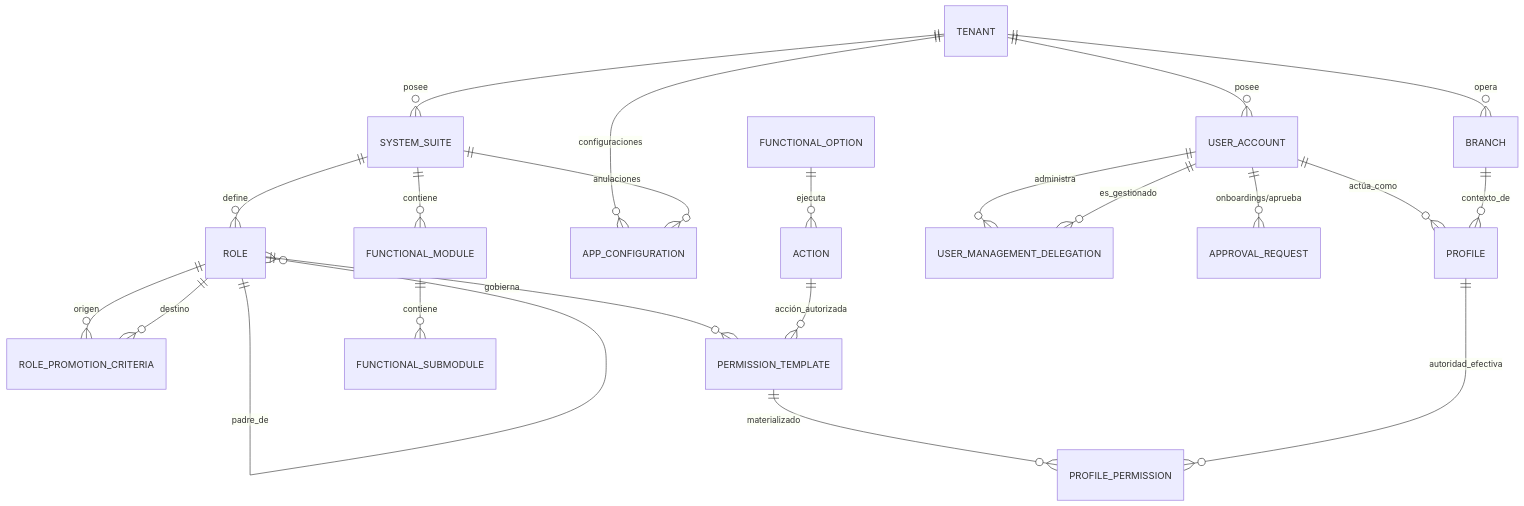
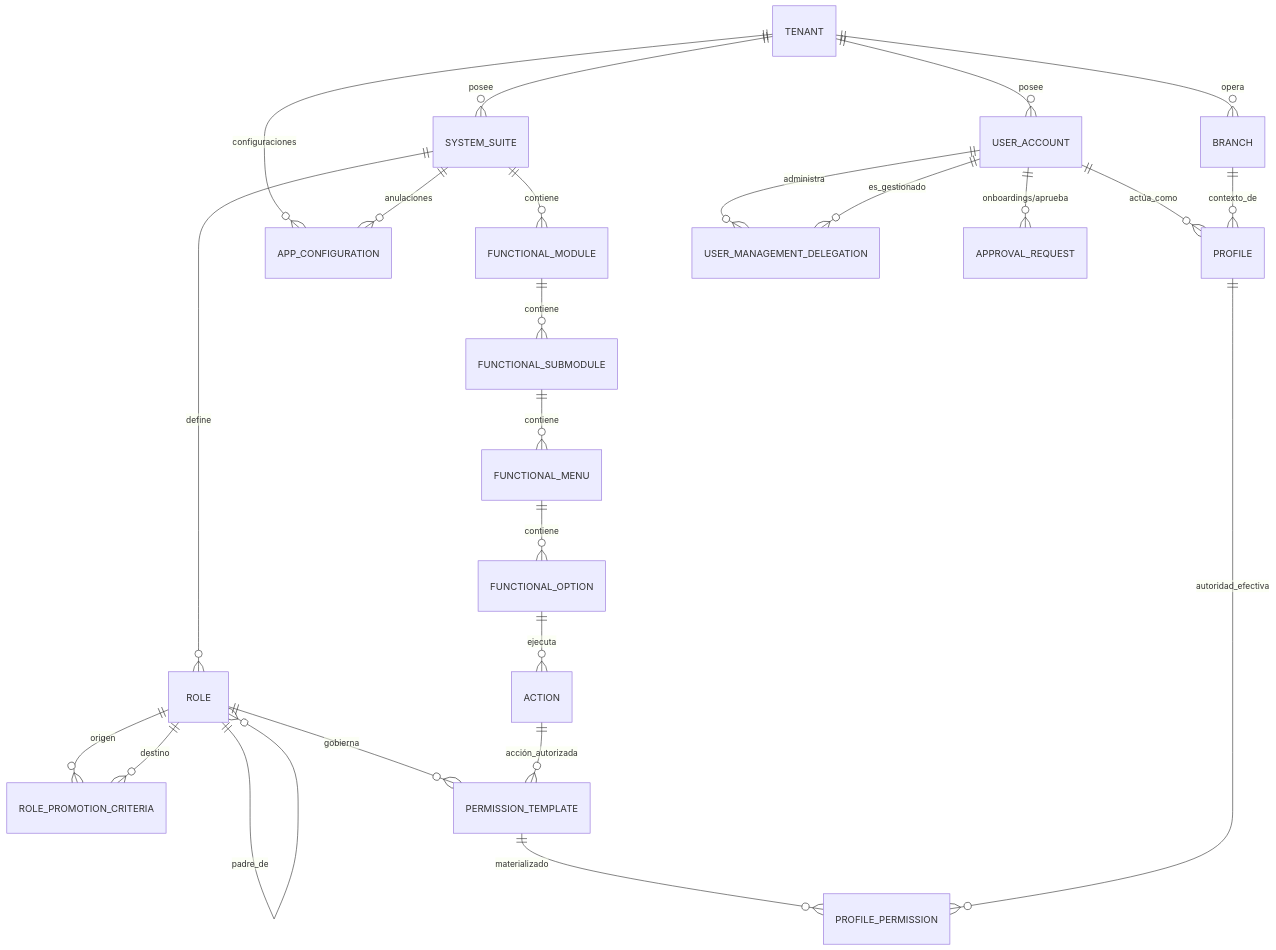
Before and after one commit to beyondnetcode/ums: the first of 4 diagrams in docs/architecture/blueprints-es/database-design-er.md, drawn with Mermaid. The commit also changed other lines of this file and 1 other file, not shown here.

Commit message:
docs: add FUNCTIONAL_MENU table and expand authorization hierarchy to 6 levels

````diff
--- a/docs/architecture/blueprints-es/database-design-er.md
+++ b/docs/architecture/blueprints-es/database-design-er.md
@@ -31,31 +31,33 @@
 ```mermaid
 erDiagram
     TENANT ||--o{ SYSTEM_SUITE : "posee"
     TENANT ||--o{ BRANCH : "opera"
     TENANT ||--o{ USER_ACCOUNT : "posee"
     SYSTEM_SUITE ||--o{ ROLE : "define"
     SYSTEM_SUITE ||--o{ FUNCTIONAL_MODULE : "contiene"
     
     ROLE ||--o{ ROLE : "padre_de"
     ROLE ||--o{ ROLE_PROMOTION_CRITERIA : "origen"
     ROLE ||--o{ ROLE_PROMOTION_CRITERIA : "destino"
     
     TENANT ||--o{ APP_CONFIGURATION : "configuraciones"
     SYSTEM_SUITE ||--o{ APP_CONFIGURATION : "anulaciones"
     
     ROLE ||--o{ PERMISSION_TEMPLATE : "gobierna"
     PERMISSION_TEMPLATE ||--o{ PROFILE_PERMISSION : "materializado"
     
     USER_ACCOUNT ||--o{ PROFILE : "actúa_como"
     USER_ACCOUNT ||--o{ USER_MANAGEMENT_DELEGATION : "administra"
     USER_ACCOUNT ||--o{ USER_MANAGEMENT_DELEGATION : "es_gestionado"
     USER_ACCOUNT ||--o{ APPROVAL_REQUEST : "onboardings/aprueba"
     
     BRANCH ||--o{ PROFILE : "contexto_de"
     PROFILE ||--o{ PROFILE_PERMISSION : "autoridad_efectiva"
     
     FUNCTIONAL_MODULE ||--o{ FUNCTIONAL_SUBMODULE : "contiene"
+    FUNCTIONAL_SUBMODULE ||--o{ FUNCTIONAL_MENU : "contiene"
+    FUNCTIONAL_MENU ||--o{ FUNCTIONAL_OPTION : "contiene"
     FUNCTIONAL_OPTION ||--o{ ACTION : "ejecuta"
     
     ACTION ||--o{ PERMISSION_TEMPLATE : "acción_autorizada"
 ```
````
